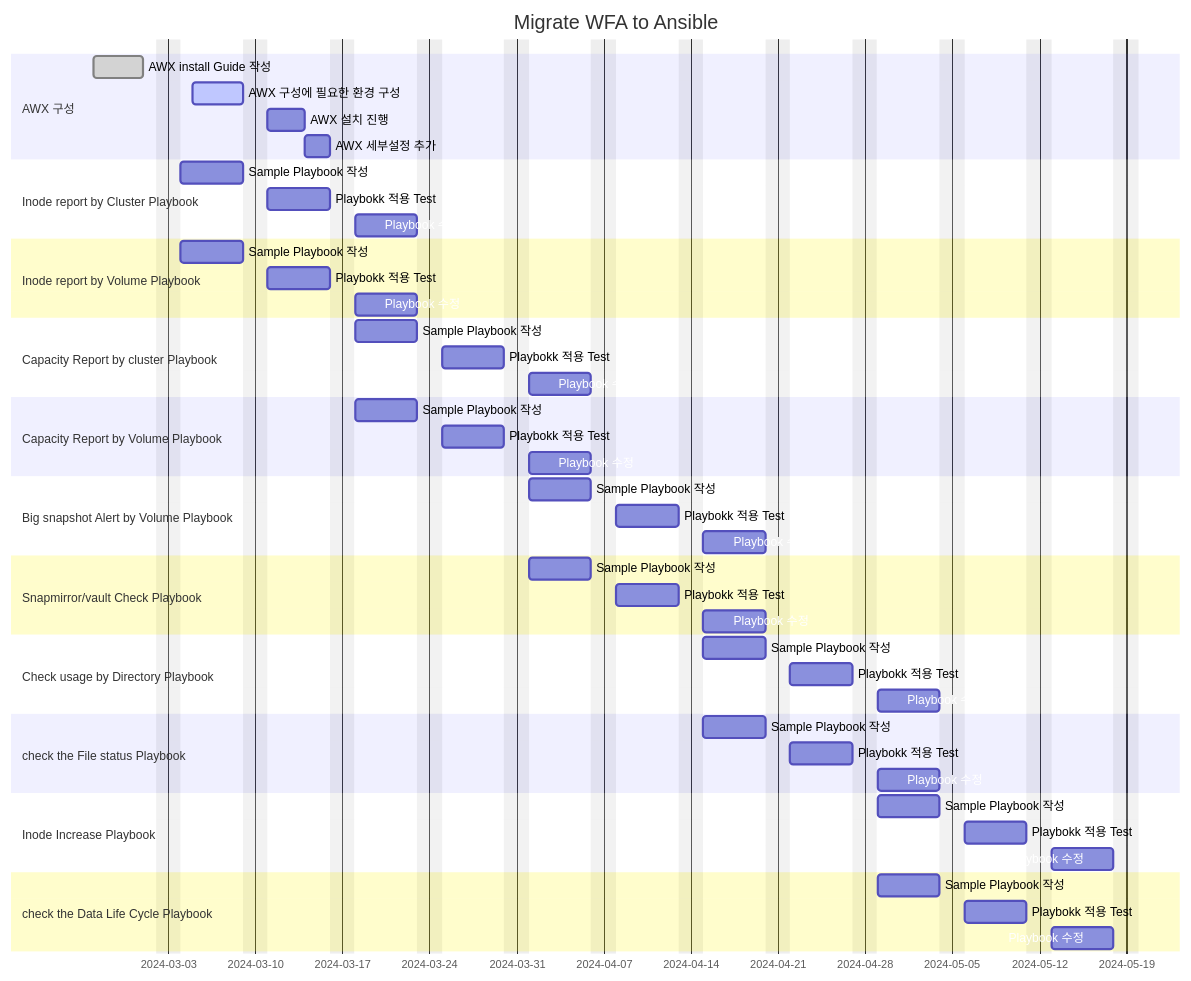
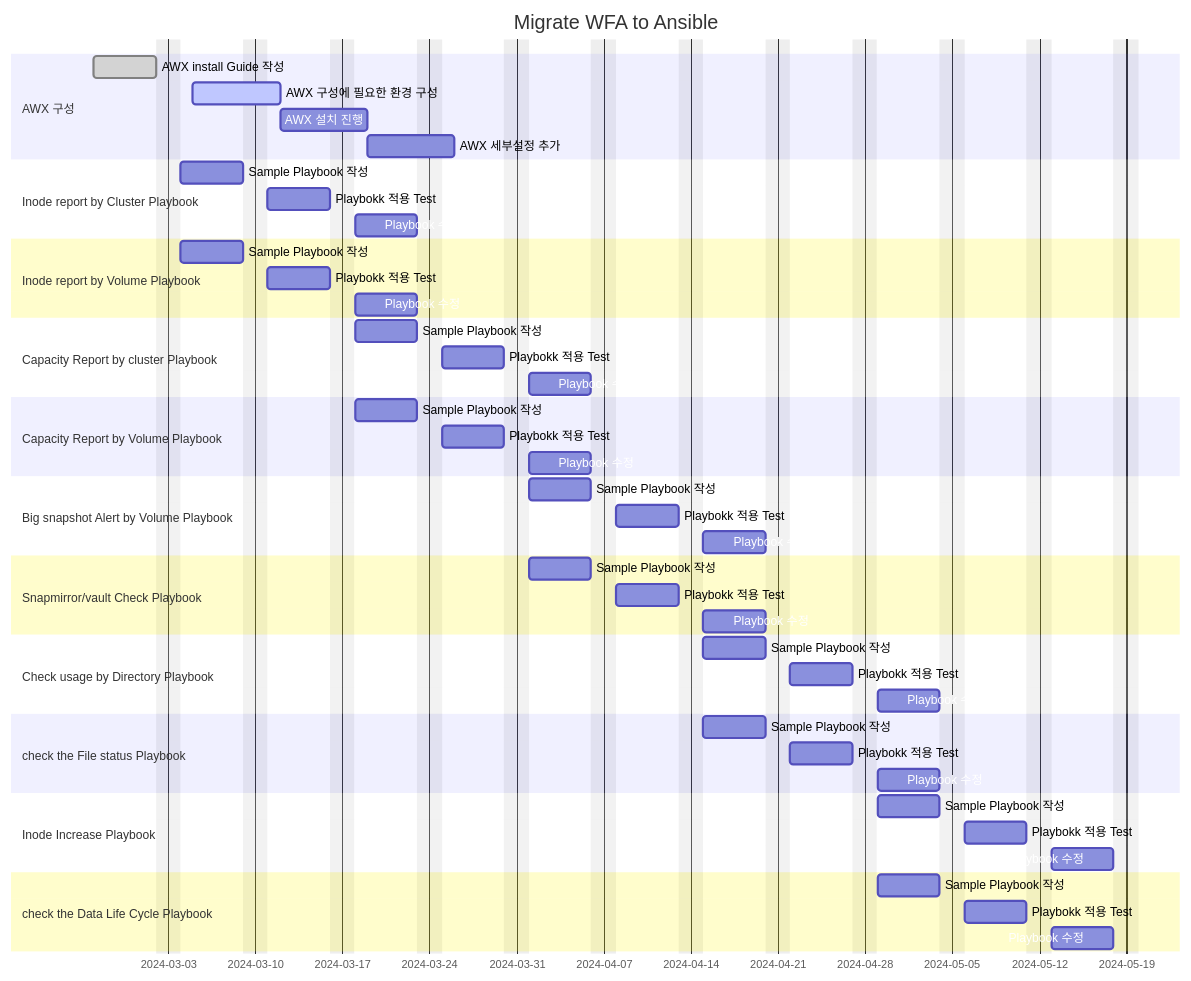
The diagram in SKHynics/Readme.md (netappkr/AnsiblePlaybook), drawn with Mermaid before and after one commit.

````diff
--- a/SKHynics/Readme.md
+++ b/SKHynics/Readme.md
@@ -40,62 +40,62 @@
 ```mermaid
 gantt
     title Migrate WFA to Ansible
     dateFormat  YYYY-MM-DD
     excludes    weekends
 
     section AWX 구성
-    AWX install Guide 작성  : done, awx1, 2024-02-26, 4d
-    AWX 구성에 필요한 환경 구성  : active, awx2, 2024-03-05, 4d
-    AWX 설치 진행 : awx3, after awx2 , 3d
-    AWX 세부설정 추가 : awx4, after awx3, 2d
+    AWX install Guide 작성  : done, awx1, 2024-02-26, 5d
+    AWX 구성에 필요한 환경 구성  : active, awx2, 2024-03-05, 5d
+    AWX 설치 진행 : awx3, after awx2 , 5d
+    AWX 세부설정 추가 : awx4, after awx3, 5d
 
     section Inode report by Cluster Playbook
     Sample Playbook 작성 : p1-1, 2024-03-04, 5d
     Playbokk 적용 Test: p1-2, after p1-1,  5d
     Playbook 수정 : p1-3, after p1-2 , 5d
 
     section Inode report by Volume Playbook
     Sample Playbook 작성 : p2-1, 2024-03-04, 5d
     Playbokk 적용 Test: p2-2, after p2-1,  5d
     Playbook 수정 : p2-3, after p2-2 , 5d
 
     section Capacity Report by cluster Playbook
     Sample Playbook 작성 : p3-1, 2024-03-18, 5d
     Playbokk 적용 Test: p3-2, after p3-1,  5d
     Playbook 수정 : p3-3, after p3-2 , 5d
 
     section Capacity Report by Volume Playbook
     Sample Playbook 작성 : p4-1, 2024-03-18, 5d
     Playbokk 적용 Test: p4-2, after p4-1,  5d
     Playbook 수정 : p4-3, after p4-2 , 5d
 
     section Big snapshot Alert by Volume Playbook
     Sample Playbook 작성 : p5-1, 2024-04-01, 5d
     Playbokk 적용 Test: p5-2, after p5-1,  5d
     Playbook 수정 : p5-3, after p5-2 , 5d
 
     section Snapmirror/vault Check Playbook
     Sample Playbook 작성 : p6-1, 2024-04-01, 5d
     Playbokk 적용 Test: p6-2, after p6-1,  5d
     Playbook 수정 : p6-3, after p6-2 , 5d
 
     section Check usage by Directory Playbook
     Sample Playbook 작성 : p7-1, 2024-04-15, 5d
     Playbokk 적용 Test: p7-2, after p7-1,  5d
     Playbook 수정 : p7-3, after p7-2 , 5d
 
     section check the File status Playbook
     Sample Playbook 작성 : p8-1, 2024-04-15, 5d
     Playbokk 적용 Test: p8-2, after p8-1,  5d
     Playbook 수정 : p8-3, after p8-2 , 5d
 
     section Inode Increase Playbook
     Sample Playbook 작성 : p9-1, 2024-04-29, 5d
     Playbokk 적용 Test: p9-2, after p9-1,  5d
     Playbook 수정 : p9-3, after p9-2 , 5d
 
     section check the Data Life Cycle Playbook
     Sample Playbook 작성 : p10-1, 2024-04-29, 5d
     Playbokk 적용 Test: p10-2, after p10-1,  5d
     Playbook 수정 : p10-3, after p10-2 , 5d
 ```
````
